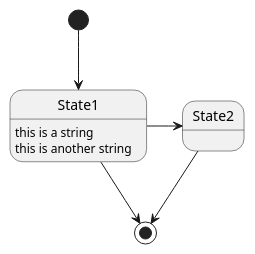
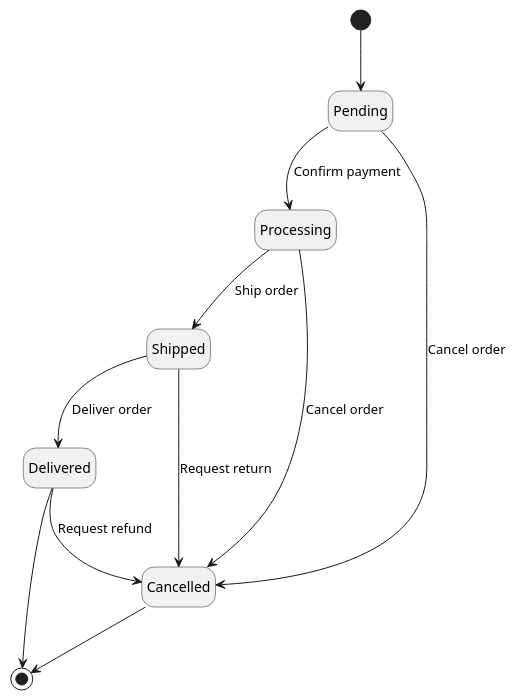
Before and after one commit to gabdumal/dcc078: the diagram in src/main/java/assignments/shipping/StateDiagram.puml, drawn with PlantUML.

Commit message:
Write State diagram

```diff
--- a/src/main/java/assignments/shipping/StateDiagram.puml
+++ b/src/main/java/assignments/shipping/StateDiagram.puml
@@ -1,12 +1,22 @@
 @startuml
 'https://plantuml.com/state'-diagram
 
-[*] --> State1
-State1 --> [*]
-State1 : this is a string
-State1 : this is another string
+hide empty description
 
-State1 -> State2
-State2 --> [*]
+[*] --> Pending
+
+Pending --> Processing : Confirm payment
+Pending --> Cancelled : Cancel order
+
+Processing --> Shipped : Ship order
+Processing --> Cancelled : Cancel order
+
+Shipped --> Delivered : Deliver order
+Shipped --> Cancelled : Request return
+
+Delivered --> Cancelled : Request refund
+
+Delivered --> [*]
+Cancelled --> [*]
 
 @enduml
```
